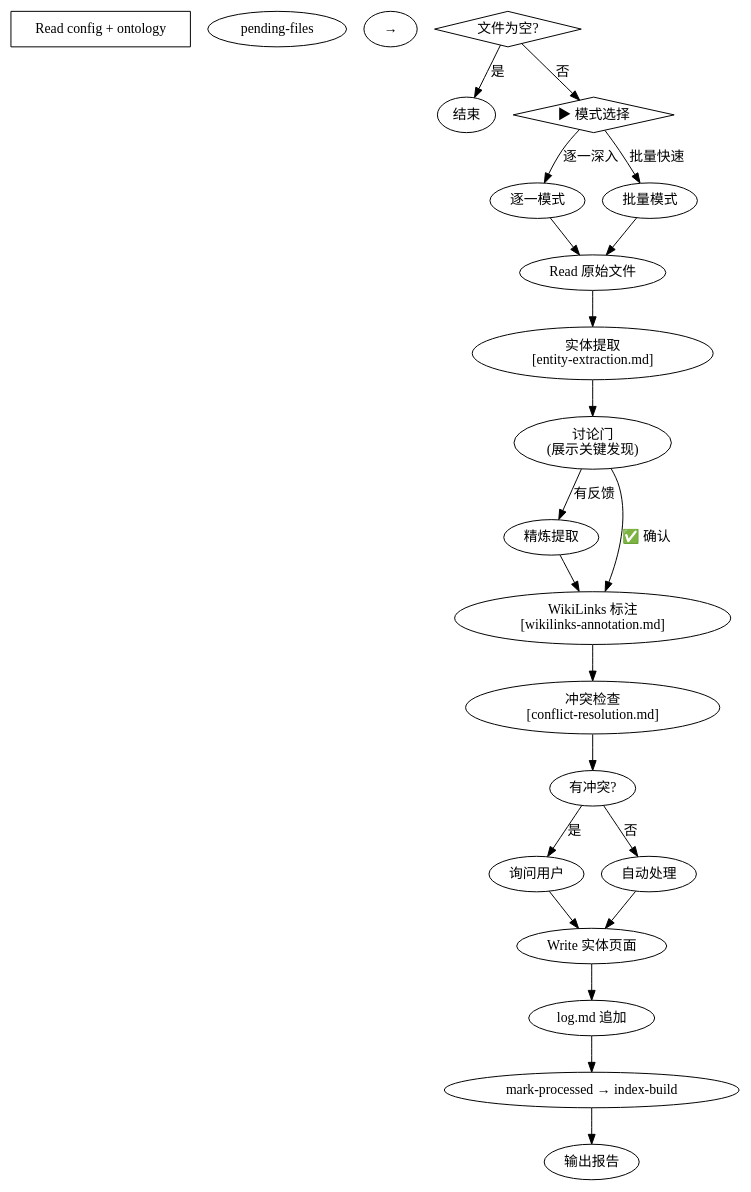
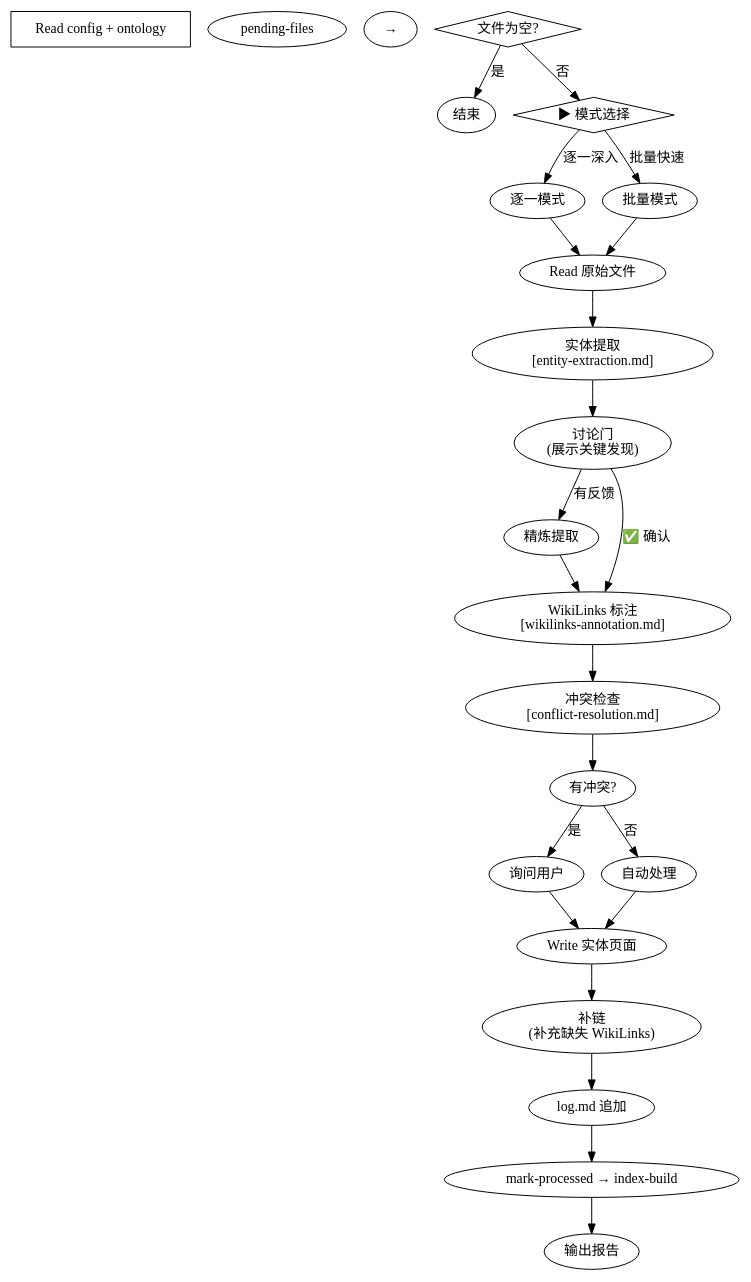
Before and after one commit to frankawp/OntoMark: the diagram in skills/ontomark-ingest/SKILL.md, drawn with Graphviz. The commit also changed other lines of this file and 1 other file, not shown here.

First line of the commit message:
feat: WikiLink backfill on ingest + lint deep check expansion

````diff
--- a/skills/ontomark-ingest/SKILL.md
+++ b/skills/ontomark-ingest/SKILL.md
@@ -14,28 +14,29 @@
 ```dot
 digraph ingest_flow {
     "Read config + ontology" [shape=box];
     "pending-files" → "文件为空?" [shape=box];
     "文件为空?" [shape=diamond];
     "文件为空?" -> "结束" [label="是"];
     "文件为空?" -> "▶ 模式选择" [label="否"];
     "▶ 模式选择" [shape=diamond];
     "▶ 模式选择" -> "逐一模式" [label="逐一深入"];
     "▶ 模式选择" -> "批量模式" [label="批量快速"];
     "逐一模式" -> "Read 原始文件" [shape=box];
     "批量模式" -> "Read 原始文件" [shape=box];
     "Read 原始文件" -> "实体提取\n[entity-extraction.md]" [shape=box];
     "实体提取\n[entity-extraction.md]" -> "讨论门\n(展示关键发现)" [shape=diamond];
     "讨论门\n(展示关键发现)" -> "精炼提取" [label="有反馈"];
     "精炼提取" -> "WikiLinks 标注\n[wikilinks-annotation.md]";
     "讨论门\n(展示关键发现)" -> "WikiLinks 标注\n[wikilinks-annotation.md]" [label="✅ 确认"];
     "WikiLinks 标注\n[wikilinks-annotation.md]" -> "冲突检查\n[conflict-resolution.md]" [shape=box];
     "冲突检查\n[conflict-resolution.md]" -> "有冲突?" [shape=diamond];
     "有冲突?" -> "询问用户" [label="是"];
     "有冲突?" -> "自动处理" [label="否"];
     "询问用户" -> "Write 实体页面";
     "自动处理" -> "Write 实体页面";
-    "Write 实体页面" -> "log.md 追加";
+    "Write 实体页面" -> "补链\n(补充缺失 WikiLinks)";
+    "补链\n(补充缺失 WikiLinks)" -> "log.md 追加";
     "log.md 追加" -> "mark-processed → index-build";
     "mark-processed → index-build" -> "输出报告" [shape=box];
 }
 ```
````
